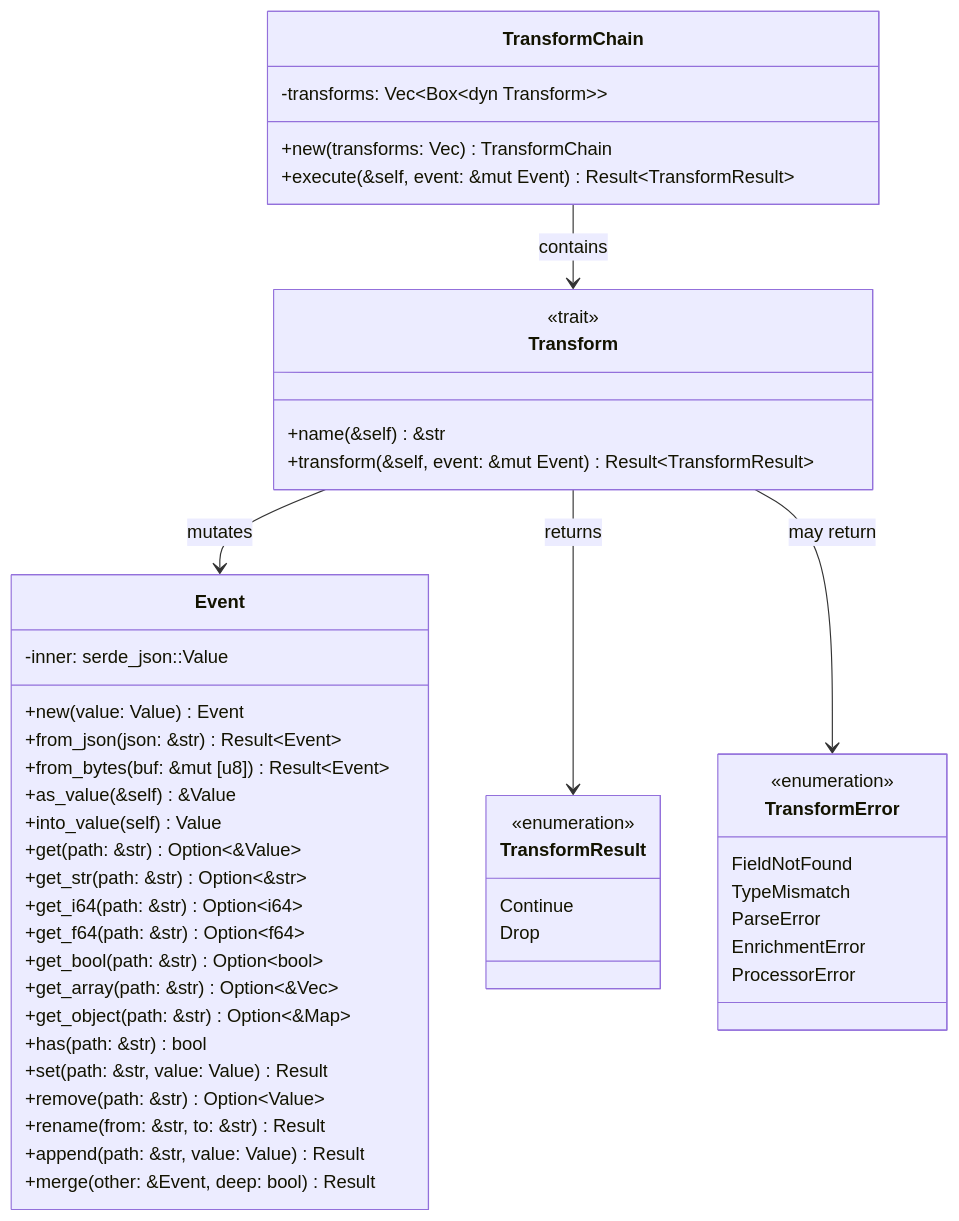
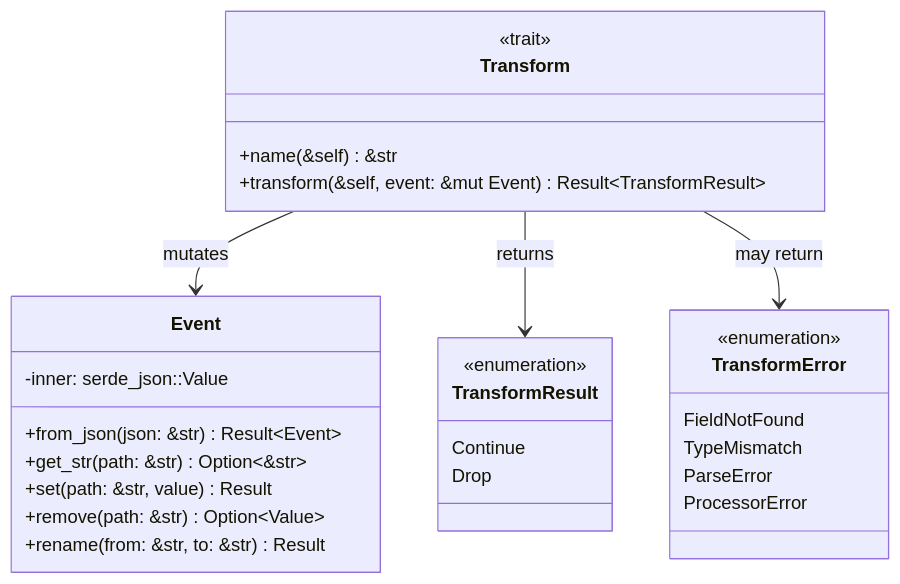
One commit to hyperi-io/dfe-transform-elastic changed the fourth of 5 diagrams in docs/architecture.md. Above: the diagram before and after it, drawn with Mermaid. The commit also changed other lines of this file and 32 other files, not shown here.

First line of the commit message:
docs(elastic): fix 59 claims to match code and redraw the diagrams

````diff
--- a/docs/architecture.md
+++ b/docs/architecture.md
@@ -241,56 +193,33 @@
 ```mermaid
 classDiagram
+    accTitle: L4 Detail -- Event and Transform types
+    accDescr: A Transform mutates an Event and returns a TransformResult, or a TransformError on failure.
     class Event {
         -inner: serde_json::Value
-        +new(value: Value) Event
         +from_json(json: &str) Result~Event~
-        +from_bytes(buf: &mut [u8]) Result~Event~
-        +as_value(&self) &Value
-        +into_value(self) Value
-        +get(path: &str) Option~&Value~
         +get_str(path: &str) Option~&str~
-        +get_i64(path: &str) Option~i64~
-        +get_f64(path: &str) Option~f64~
-        +get_bool(path: &str) Option~bool~
-        +get_array(path: &str) Option~&Vec~
-        +get_object(path: &str) Option~&Map~
-        +has(path: &str) bool
-        +set(path: &str, value: Value) Result
+        +set(path: &str, value) Result
         +remove(path: &str) Option~Value~
         +rename(from: &str, to: &str) Result
-        +append(path: &str, value: Value) Result
-        +merge(other: &Event, deep: bool) Result
     }
-
+    class Transform {
+        <<trait>>
+        +name(&self) &str
+        +transform(&self, event: &mut Event) Result~TransformResult~
+    }
     class TransformResult {
         <<enumeration>>
         Continue
         Drop
     }
-
-    class Transform {
-        <<trait>>
-        +name(&self) &str
-        +transform(&self, event: &mut Event) Result~TransformResult~
-    }
-
-    class TransformChain {
-        -transforms: Vec~Box~dyn Transform~~
-        +new(transforms: Vec) TransformChain
-        +execute(&self, event: &mut Event) Result~TransformResult~
-    }
-
     class TransformError {
         <<enumeration>>
         FieldNotFound
         TypeMismatch
         ParseError
-        EnrichmentError
         ProcessorError
     }
-
-    TransformChain --> Transform : contains
     Transform --> Event : mutates
     Transform --> TransformResult : returns
     Transform --> TransformError : may return
 ```
````
